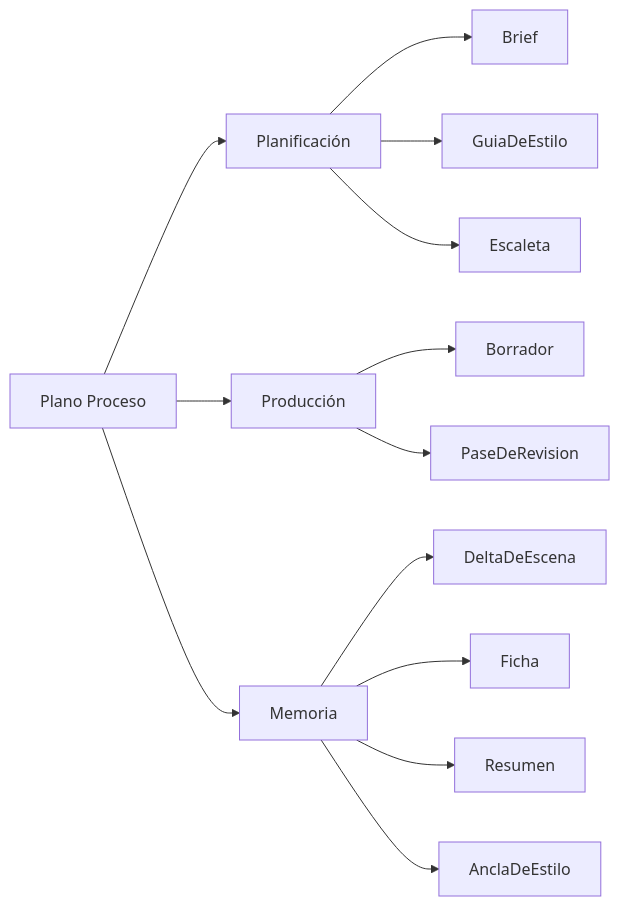
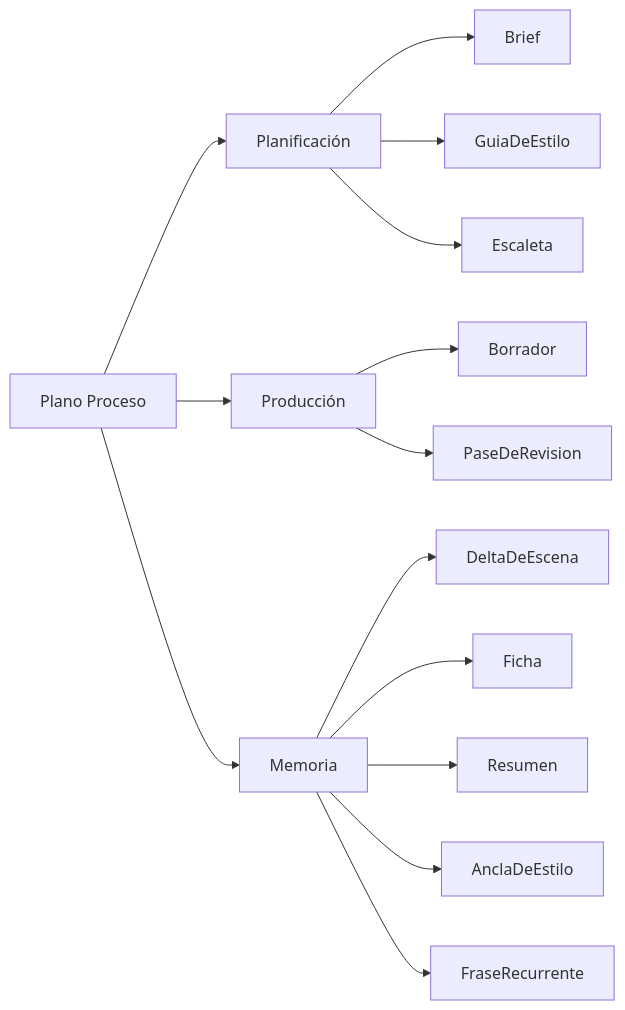
Before and after one commit to SantiagoEspinosa-ai/My_novel_story: the fifth of 10 diagrams in Docs/domain-knowledge.md, drawn with Mermaid. The commit also changed other lines of this file and 3 other files, not shown here.

First line of the commit message:
Cerrar SPEC-10: aceptada_por_rendicion y FraseRecurrente

````diff
--- a/Docs/domain-knowledge.md
+++ b/Docs/domain-knowledge.md
@@ -86,16 +86,17 @@
 ```mermaid
 flowchart LR
   P4["Plano Proceso"]
   P4 --> PL["Planificación"]
   P4 --> PR["Producción"]
   P4 --> MM["Memoria"]
   PL --> PL1["Brief"]
   PL --> PL2["GuiaDeEstilo"]
   PL --> PL3["Escaleta"]
   PR --> PR1["Borrador"]
   PR --> PR2["PaseDeRevision"]
   MM --> MM1["DeltaDeEscena"]
   MM --> MM2["Ficha"]
   MM --> MM3["Resumen"]
   MM --> MM4["AnclaDeEstilo"]
+  MM --> MM5["FraseRecurrente"]
 ```
````
